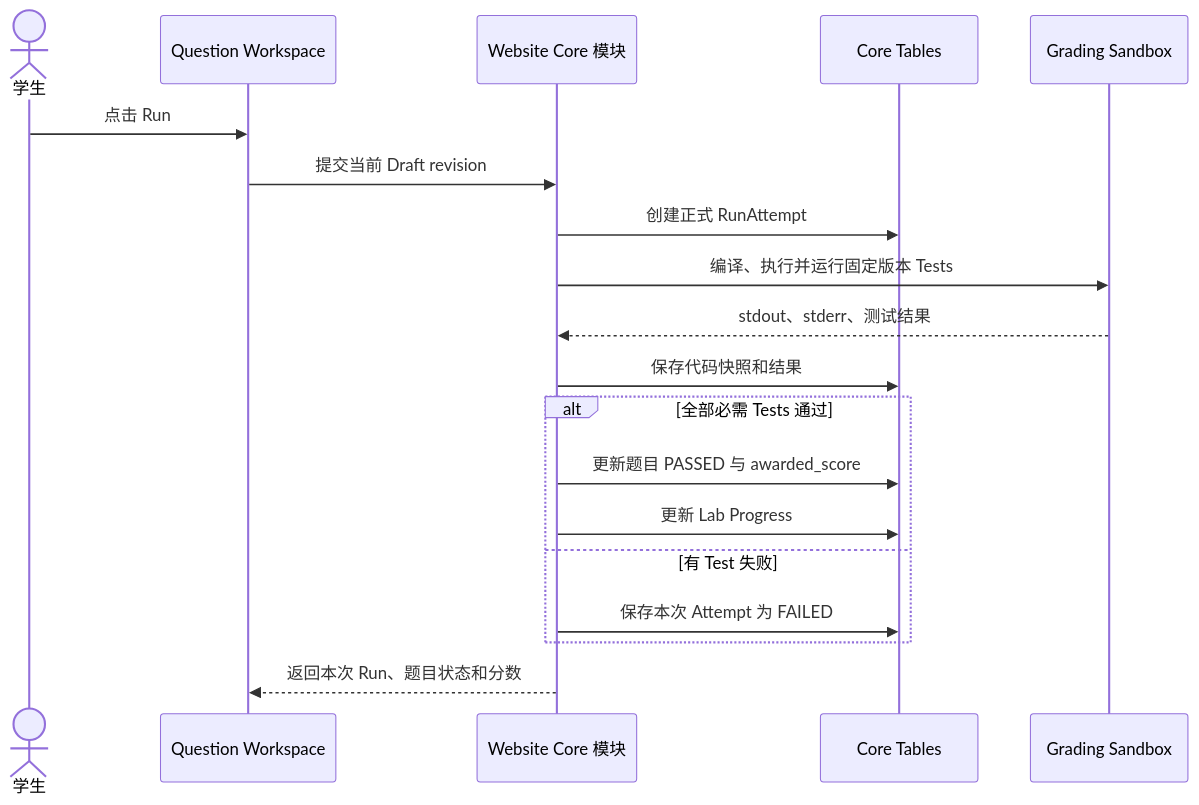
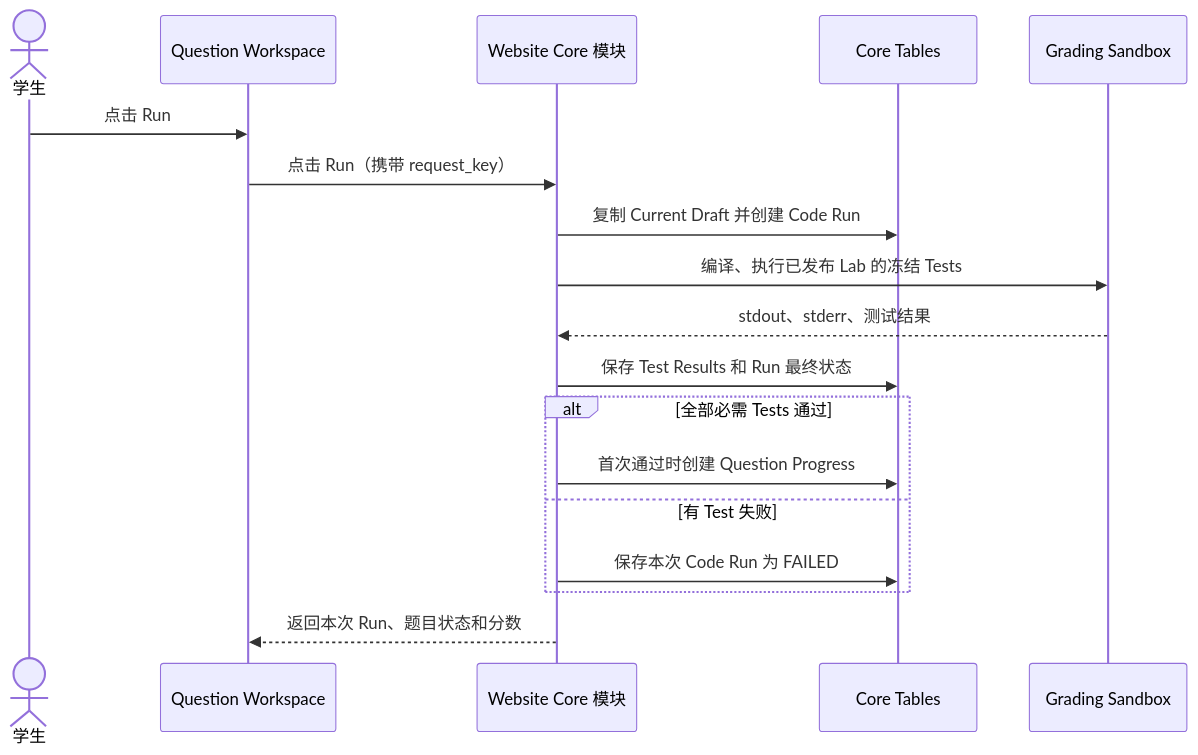
The second of 9 diagrams in docs/superpowers/specs/2026-09-13-ai-coding-assistant-architecture-design-zh.md (roey-cheng/AI-teaching-agent), drawn with Mermaid before and after one commit. The commit also changed other lines of this file and 2 other files, not shown here.

````diff
--- a/docs/superpowers/specs/2026-09-13-ai-coding-assistant-architecture-design-zh.md
+++ b/docs/superpowers/specs/2026-09-13-ai-coding-assistant-architecture-design-zh.md
@@ -112,24 +114,23 @@
 ```mermaid
 sequenceDiagram
     actor Student as 学生
     participant UI as Question Workspace
     participant Core as Website Core 模块
     participant DB as Core Tables
     participant Sandbox as Grading Sandbox
 
     Student->>UI: 点击 Run
-    UI->>Core: 提交当前 Draft revision
-    Core->>DB: 创建正式 RunAttempt
-    Core->>Sandbox: 编译、执行并运行固定版本 Tests
+    UI->>Core: 点击 Run（携带 request_key）
+    Core->>DB: 复制 Current Draft 并创建 Code Run
+    Core->>Sandbox: 编译、执行已发布 Lab 的冻结 Tests
     Sandbox-->>Core: stdout、stderr、测试结果
-    Core->>DB: 保存代码快照和结果
+    Core->>DB: 保存 Test Results 和 Run 最终状态
 
     alt 全部必需 Tests 通过
-        Core->>DB: 更新题目 PASSED 与 awarded_score
-        Core->>DB: 更新 Lab Progress
+        Core->>DB: 首次通过时创建 Question Progress
     else 有 Test 失败
-        Core->>DB: 保存本次 Attempt 为 FAILED
+        Core->>DB: 保存本次 Code Run 为 FAILED
     end
 
     Core-->>UI: 返回本次 Run、题目状态和分数
 ```
````
